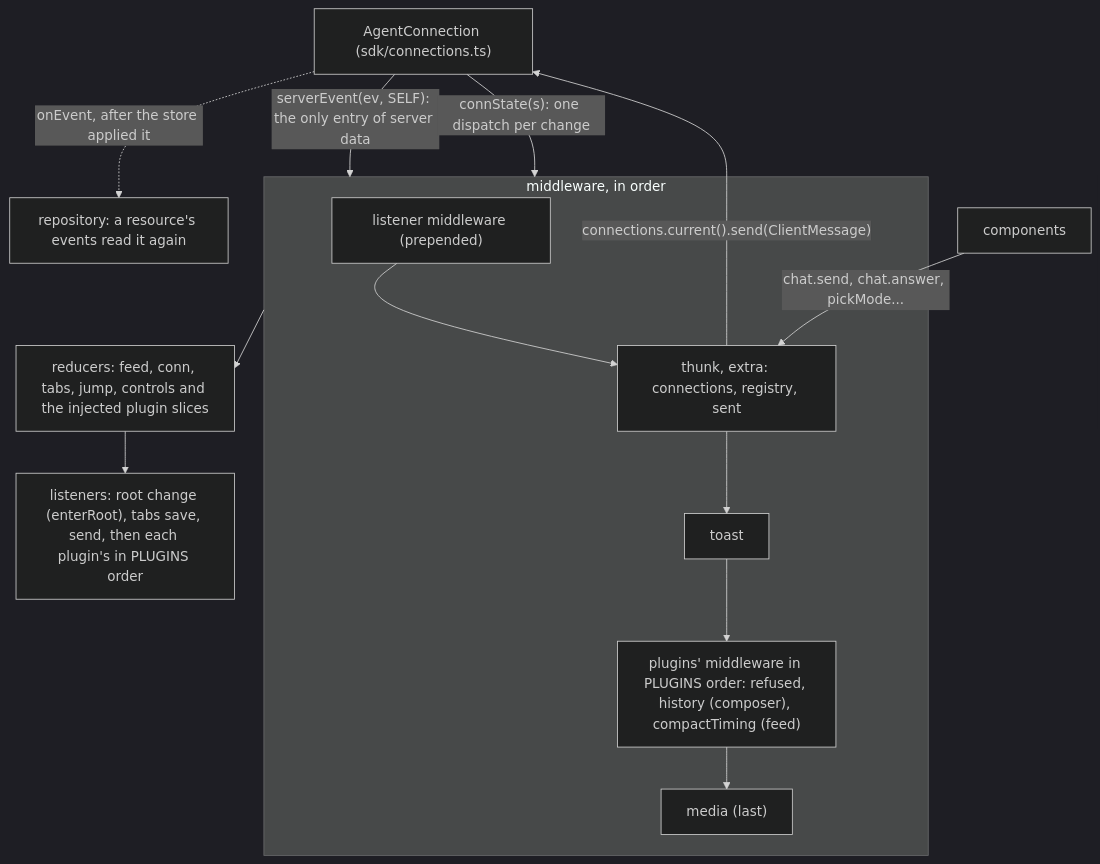
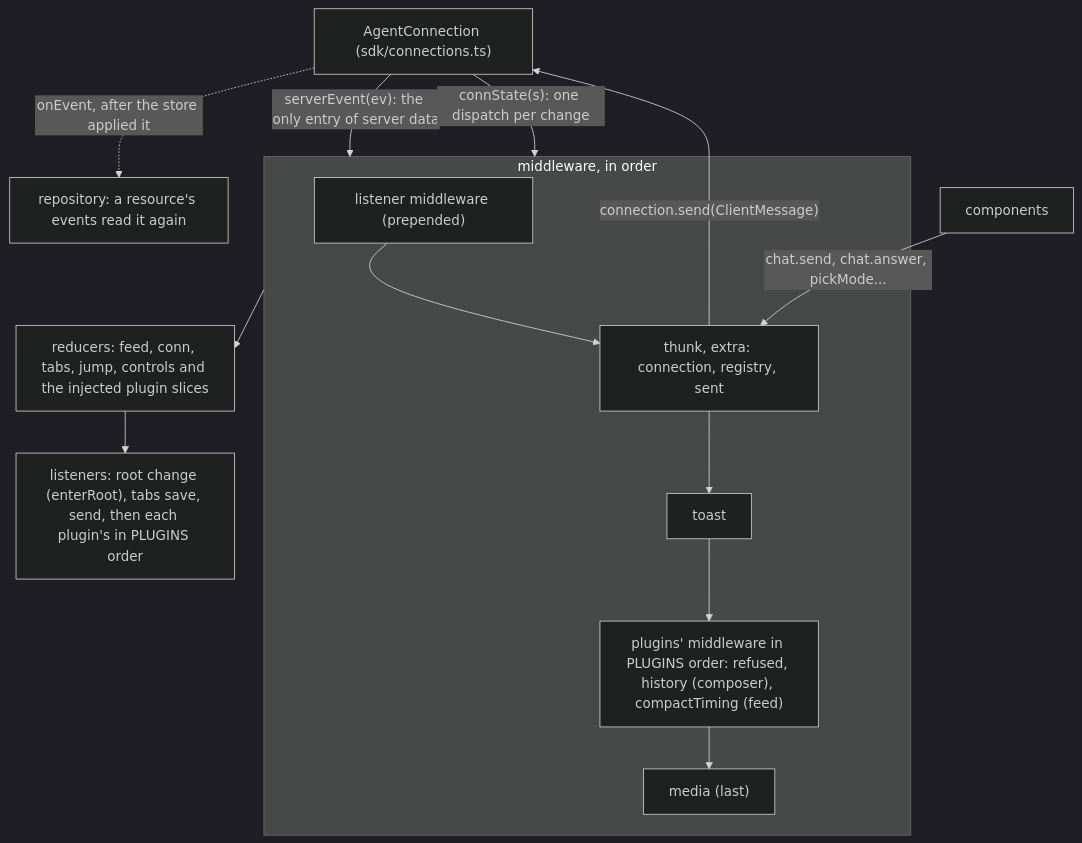
One commit to iCubeDm/nota-bene-ide changed the third of 4 diagrams in docs/architecture.md. Above: the diagram before and after it, drawn with Mermaid (dark theme). The commit also changed other lines of this file and 41 other files, not shown here.

````diff
--- a/docs/architecture.md
+++ b/docs/architecture.md
@@ -359,13 +359,13 @@
 ```mermaid
 flowchart TB
-  C["AgentConnection (sdk/connections.ts)"] -->|"serverEvent(ev, SELF): the only entry of server data"| MW
+  C["AgentConnection (sdk/connections.ts)"] -->|"serverEvent(ev): the only entry of server data"| MW
   C -->|"connState(s): one dispatch per change"| MW
   subgraph MW["middleware, in order"]
-    LM["listener middleware (prepended)"] --> TH["thunk, extra: connections, registry, sent"] --> TO["toast"] --> PM["plugins' middleware in PLUGINS order: refused, history (composer), compactTiming (feed)"] --> MD["media (last)"]
+    LM["listener middleware (prepended)"] --> TH["thunk, extra: connection, registry, sent"] --> TO["toast"] --> PM["plugins' middleware in PLUGINS order: refused, history (composer), compactTiming (feed)"] --> MD["media (last)"]
   end
   MW --> R["reducers: feed, conn, tabs, jump, controls and the injected plugin slices"]
   R --> LS["listeners: root change (enterRoot), tabs save, send, then each plugin's in PLUGINS order"]
   C -. "onEvent, after the store applied it" .-> REPO["repository: a resource's events read it again"]
   UI["components"] -->|"chat.send, chat.answer, pickMode..."| TH
-  TH -->|"connections.current().send(ClientMessage)"| C
+  TH -->|"connection.send(ClientMessage)"| C
 ```
````
